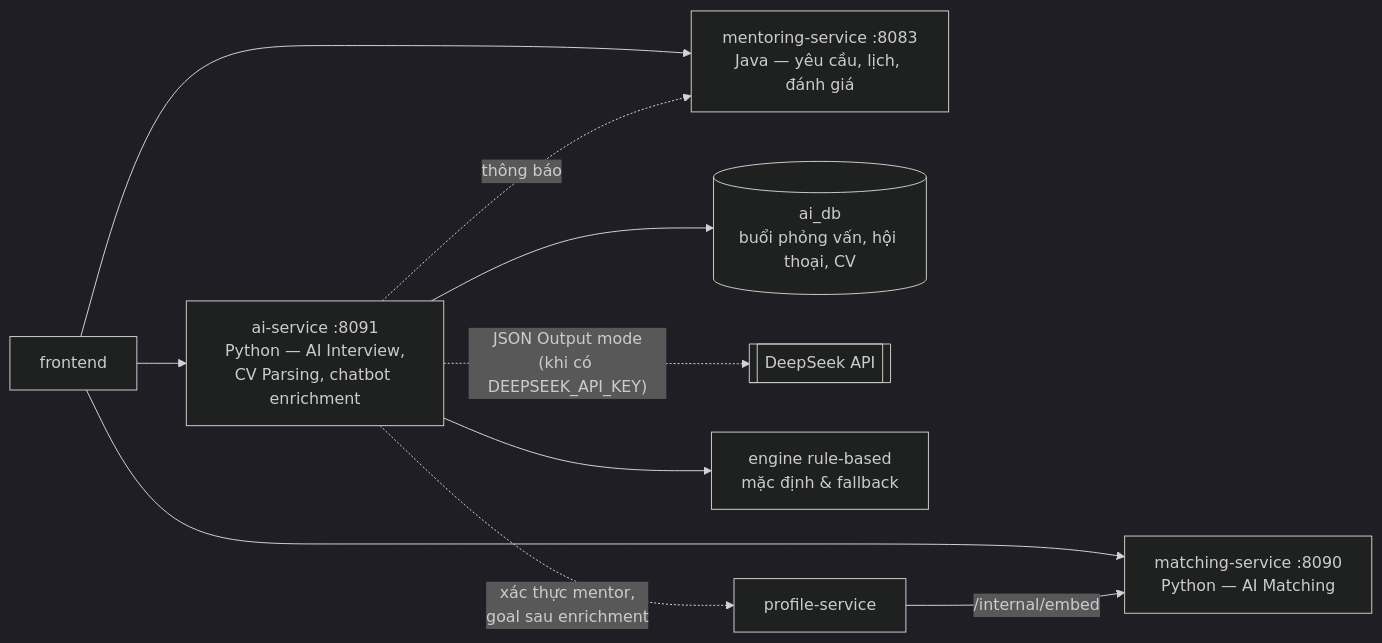
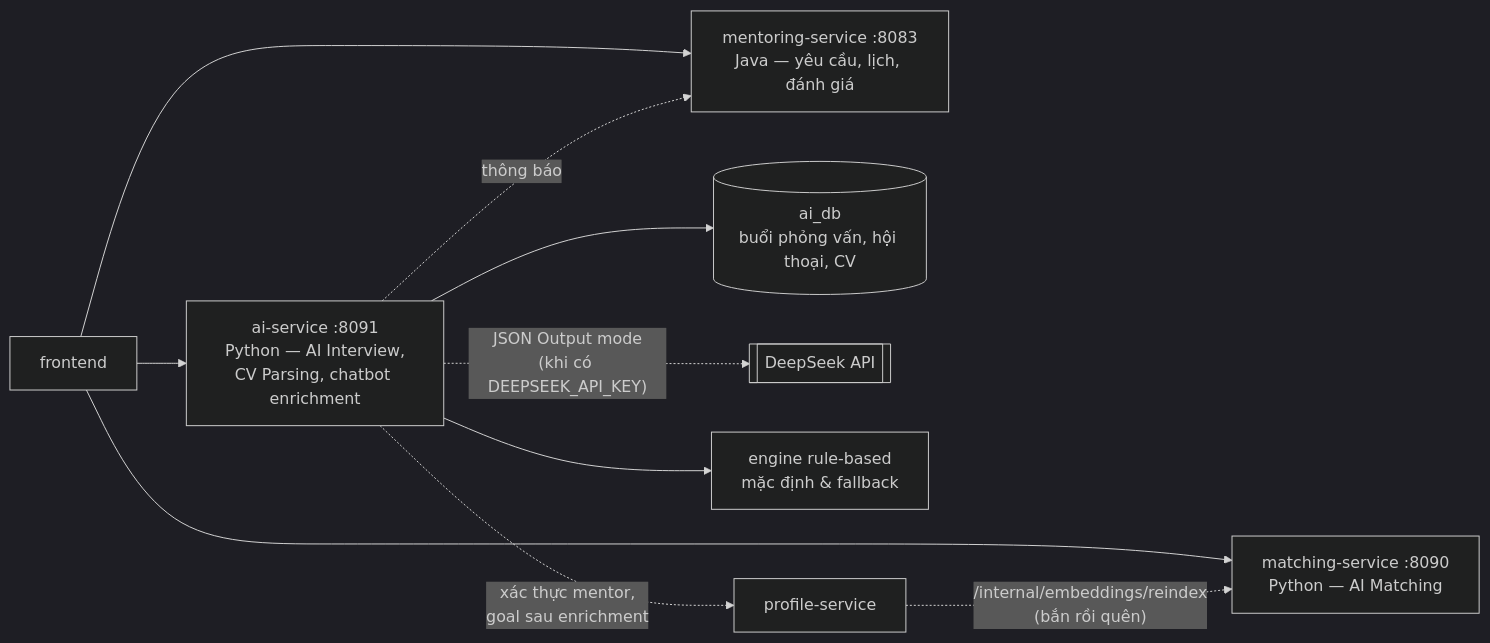
One commit to quangpham10212004/do_an_2026 changed the first of 5 diagrams in docs/ai-features.md. Above: the diagram before and after it, drawn with Mermaid (dark theme). The commit also changed other lines of this file and 185 other files, not shown here.

````diff
--- a/docs/ai-features.md
+++ b/docs/ai-features.md
@@ -19,12 +19,12 @@
 ```mermaid
 flowchart LR
     FE[frontend] --> AI[ai-service :8091<br/>Python — AI Interview,<br/>CV Parsing, chatbot enrichment]
     FE --> MT[matching-service :8090<br/>Python — AI Matching]
     FE --> MS[mentoring-service :8083<br/>Java — yêu cầu, lịch, đánh giá]
     AI --> AIDB[(ai_db<br/>buổi phỏng vấn, hội thoại, CV)]
     AI -. "JSON Output mode<br/>(khi có DEEPSEEK_API_KEY)" .-> DS[[DeepSeek API]]
     AI --> RB[engine rule-based<br/>mặc định & fallback]
     AI -. "xác thực mentor,<br/>goal sau enrichment" .-> PS[profile-service]
     AI -. "thông báo" .-> MS
-    PS -- /internal/embed --> MT
+    PS -. "/internal/embeddings/reindex<br/>(bắn rồi quên)" .-> MT
 ```
````
